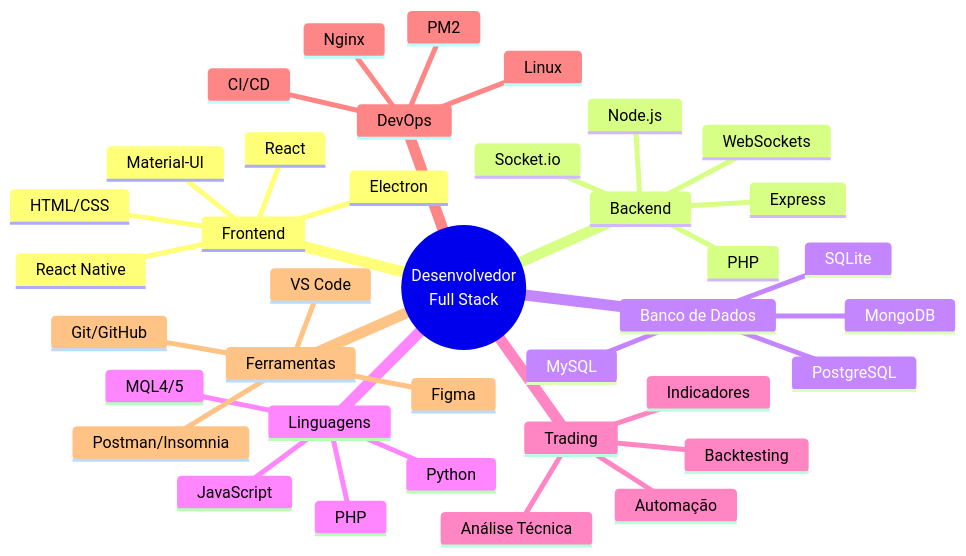
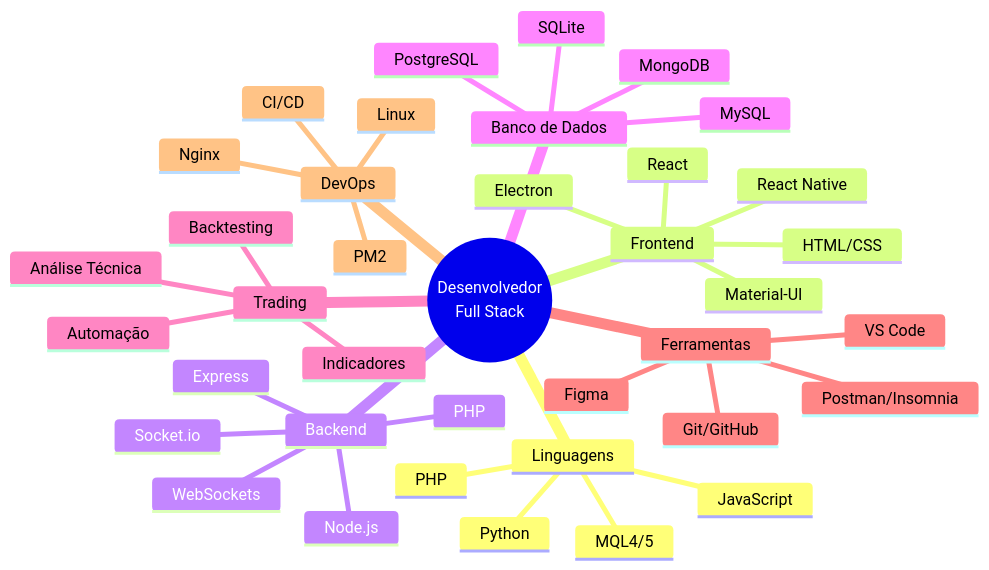
The first of 4 diagrams in README.md (AlesonPungirum/AlesonPungirum), drawn with Mermaid before and after one commit. The commit also changed other lines of this file, not shown here.

````diff
--- a/README.md
+++ b/README.md
@@ -38,41 +38,41 @@
 ```mermaid
 mindmap
   root((Desenvolvedor<br/>Full Stack))
+    Linguagens
+      JavaScript
+      Python
+      PHP
+      MQL4/5
     Frontend
       React
       React Native
       HTML/CSS
       Material-UI
       Electron
     Backend
       Node.js
       PHP
       Socket.io
       Express
       WebSockets
     Banco de Dados
       MySQL
       MongoDB
       SQLite
       PostgreSQL
-    Linguagens
-      JavaScript
-      Python
-      PHP
-      MQL4/5
     Trading
       Análise Técnica
       Indicadores
       Backtesting
       Automação
+    Ferramentas
+      VS Code
+      Git/GitHub
+      Postman/Insomnia
+      Figma
     DevOps
       Linux
       Nginx
       PM2
       CI/CD
-    Ferramentas
-      VS Code
-      Git/GitHub
-      Postman/Insomnia
-      Figma
 ```
````
